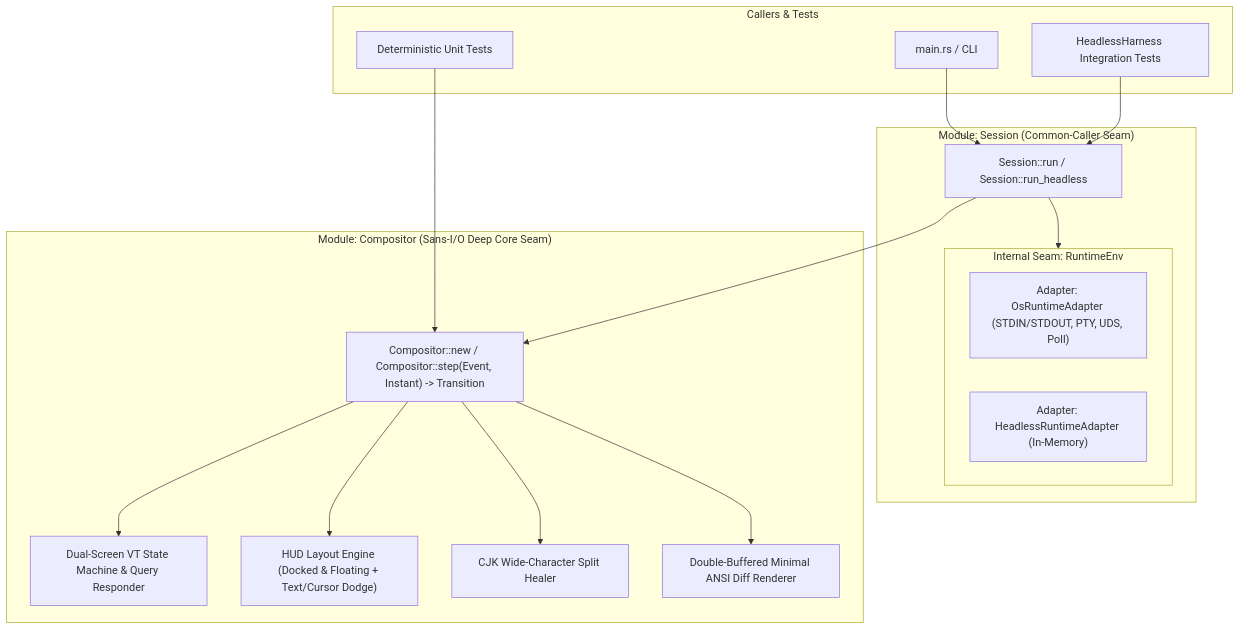
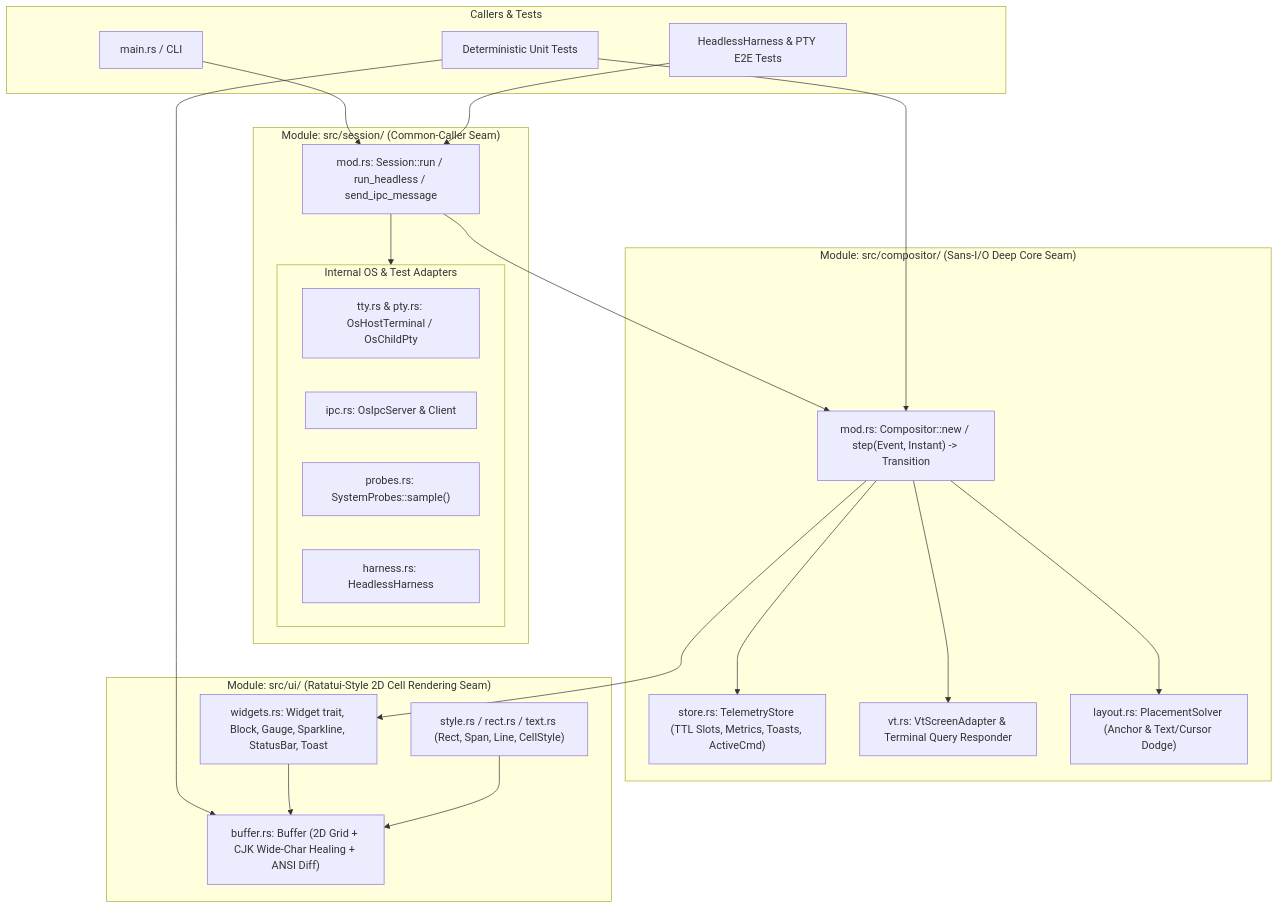
One commit to yamadayuki/thud changed the diagram in docs/architecture/compositor-module.md. Above: the diagram before and after it, drawn with Mermaid. The commit also changed other lines of this file and 4 other files, not shown here.

Commit message:
docs: record ADR-002 modular decomposition, UI Buffer seam, and domain CONTEXT.md

````diff
--- a/docs/architecture/compositor-module.md
+++ b/docs/architecture/compositor-module.md
@@ -14,34 +14,44 @@
 ```mermaid
 flowchart TB
     subgraph ExternalCallers["Callers & Tests"]
         CLI["main.rs / CLI"]
         UnitTest["Deterministic Unit Tests"]
-        IntegTest["HeadlessHarness Integration Tests"]
+        IntegTest["HeadlessHarness & PTY E2E Tests"]
     end
 
-    subgraph SessionModule["Module: Session (Common-Caller Seam)"]
-        SessionRun["Session::run / Session::run_headless"]
-        subgraph InternalSeam["Internal Seam: RuntimeEnv"]
-            OsAdapter["Adapter: OsRuntimeAdapter (STDIN/STDOUT, PTY, UDS, Poll)"]
-            HeadlessAdapter["Adapter: HeadlessRuntimeAdapter (In-Memory)"]
+    subgraph SessionModule["Module: src/session/ (Common-Caller Seam)"]
+        SessionRun["mod.rs: Session::run / run_headless / send_ipc_message"]
+        subgraph InternalSeam["Internal OS & Test Adapters"]
+            TtyPty["tty.rs & pty.rs: OsHostTerminal / OsChildPty"]
+            IpcMod["ipc.rs: OsIpcServer & Client"]
+            ProbesMod["probes.rs: SystemProbes::sample()"]
+            HarnessMod["harness.rs: HeadlessHarness"]
         end
     end
 
-    subgraph CompositorModule["Module: Compositor (Sans-I/O Deep Core Seam)"]
-        Step["Compositor::new / Compositor::step(Event, Instant) -> Transition"]
-        VTE["Dual-Screen VT State Machine & Query Responder"]
-        Layout["HUD Layout Engine (Docked & Floating + Text/Cursor Dodge)"]
-        WChar["CJK Wide-Character Split Healer"]
-        Differ["Double-Buffered Minimal ANSI Diff Renderer"]
+    subgraph CompositorModule["Module: src/compositor/ (Sans-I/O Deep Core Seam)"]
+        Step["mod.rs: Compositor::new / step(Event, Instant) -> Transition"]
+        Store["store.rs: TelemetryStore (TTL Slots, Metrics, Toasts, ActiveCmd)"]
+        VTE["vt.rs: VtScreenAdapter & Terminal Query Responder"]
+        Layout["layout.rs: PlacementSolver (Anchor & Text/Cursor Dodge)"]
+    end
+
+    subgraph UiModule["Module: src/ui/ (Ratatui-Style 2D Cell Rendering Seam)"]
+        Primitives["style.rs / rect.rs / text.rs (Rect, Span, Line, CellStyle)"]
+        Surface["buffer.rs: Buffer (2D Grid + CJK Wide-Char Healing + ANSI Diff)"]
+        Widgets["widgets.rs: Widget trait, Block, Gauge, Sparkline, StatusBar, Toast"]
     end
 
     CLI --> SessionRun
     IntegTest --> SessionRun
     UnitTest --> Step
+    UnitTest --> Surface
     SessionRun --> InternalSeam
     SessionRun --> Step
+    Step --> Store
     Step --> VTE
     Step --> Layout
-    Step --> WChar
-    Step --> Differ
+    Step --> Widgets
+    Widgets --> Surface
+    Primitives --> Surface
 ```
````
